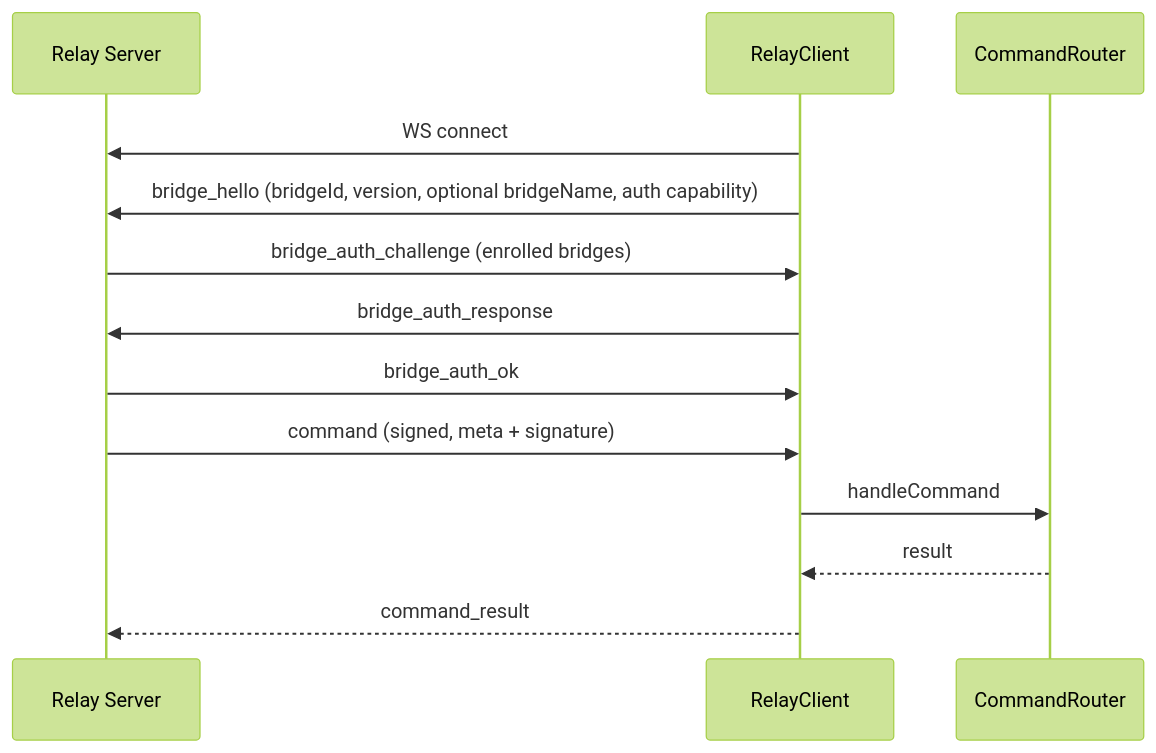
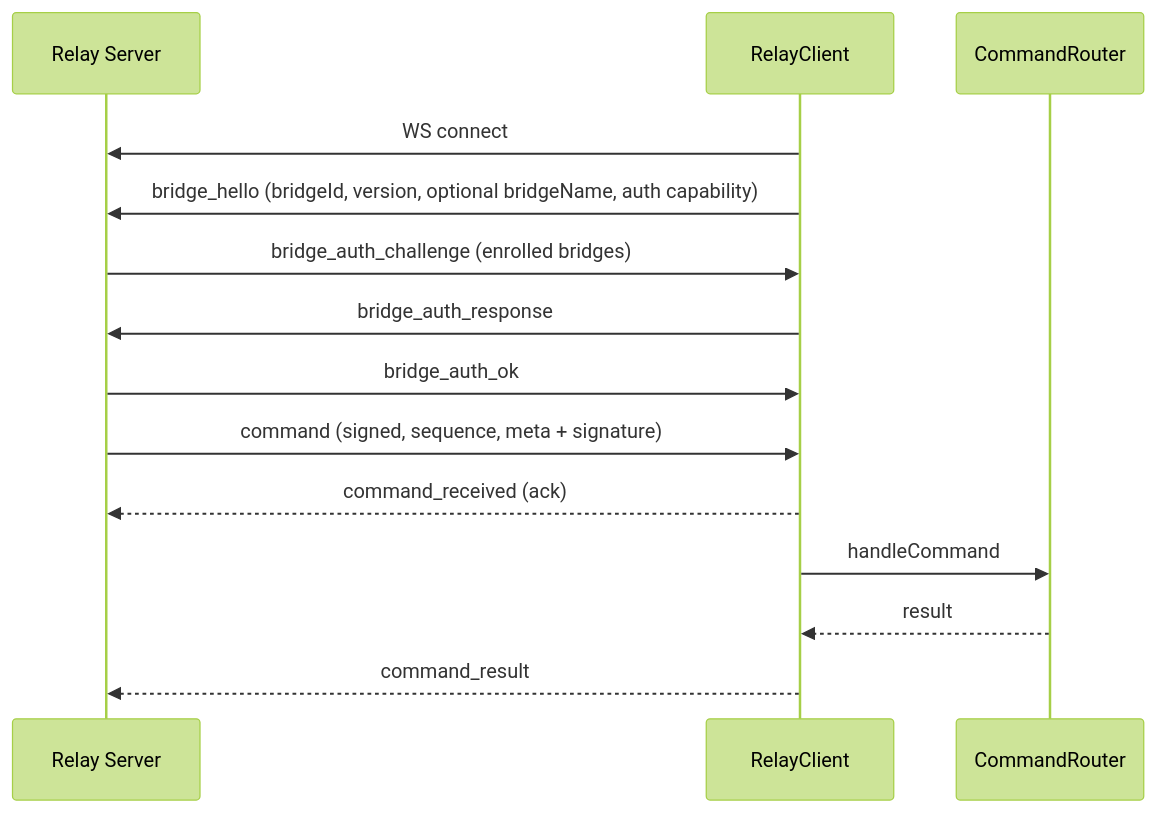
One commit to pivotrecruiting/broadify-bridge changed the diagram in docs/integration/flows/relay-flow.md. Above: the diagram before and after it, drawn with Mermaid (forest theme). The commit also changed other lines of this file and 3 other files, not shown here.

````diff
--- a/docs/integration/flows/relay-flow.md
+++ b/docs/integration/flows/relay-flow.md
@@ -7,16 +7,17 @@
 ```mermaid
 sequenceDiagram
   participant Relay as Relay Server
   participant Bridge as RelayClient
   participant Router as CommandRouter
 
   Bridge->>Relay: WS connect
   Bridge->>Relay: bridge_hello (bridgeId, version, optional bridgeName, auth capability)
   Relay->>Bridge: bridge_auth_challenge (enrolled bridges)
   Bridge->>Relay: bridge_auth_response
   Relay->>Bridge: bridge_auth_ok
-  Relay->>Bridge: command (signed, meta + signature)
+  Relay->>Bridge: command (signed, sequence, meta + signature)
+  Bridge-->>Relay: command_received (ack)
   Bridge->>Router: handleCommand
   Router-->>Bridge: result
   Bridge-->>Relay: command_result
 ```
````
